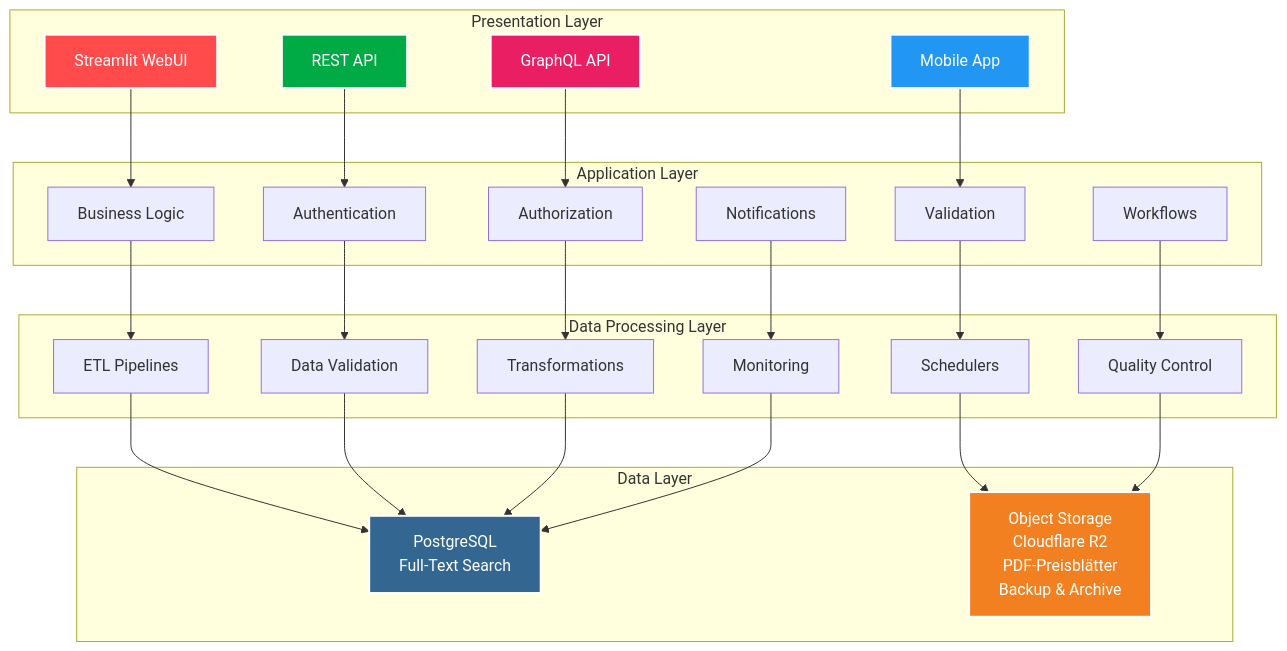
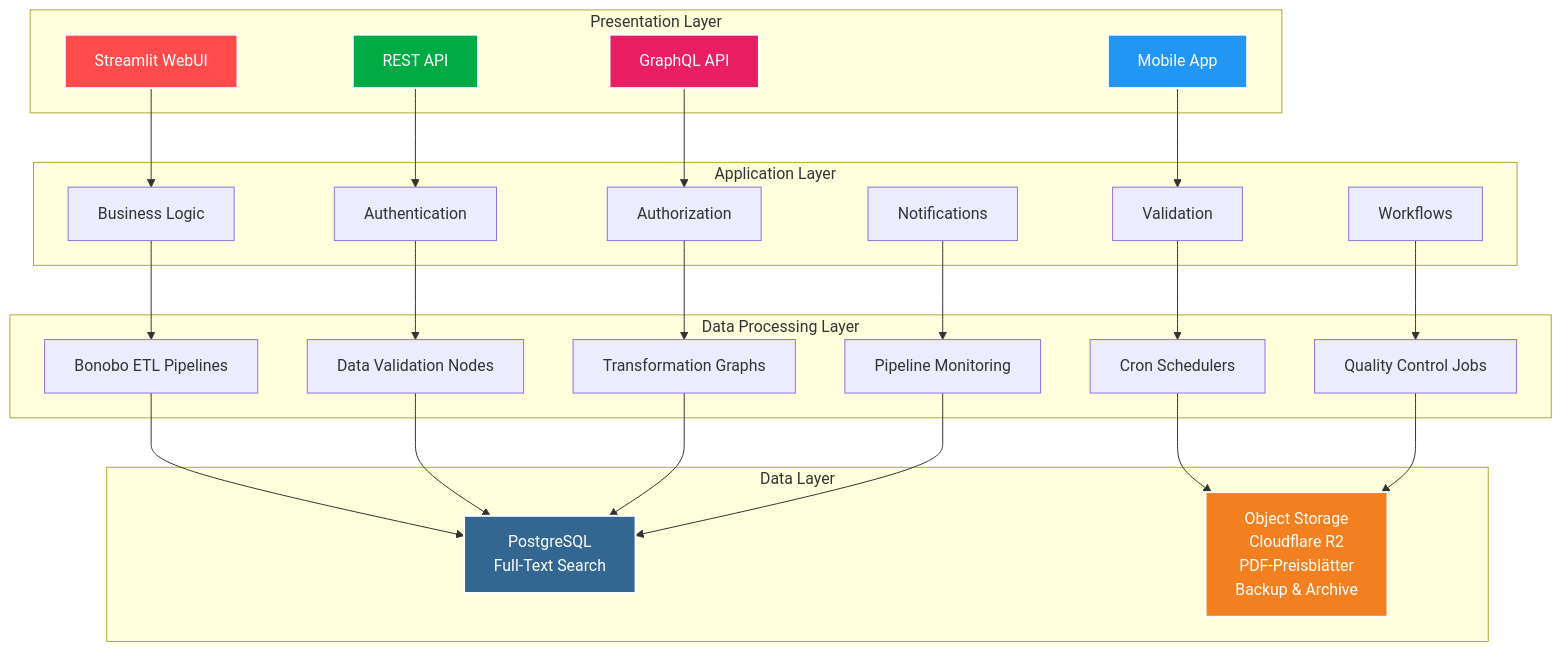
The diagram in docs/specs/SPECIFICATION.md (the78mole/vnbdigitaler), drawn with Mermaid before and after one commit. The commit also changed other lines of this file and 2 other files, not shown here.

Commit message:
Füge Bonobo ETL-Framework zur Projektspezifikation und Abhängigkeiten hinzu: Aktualisiere die Spezifikation mit Bonobo-spezifischen Details und integriere Bonobo sowie Bonobo-SQLAlchemy in die Projektabhängigkeiten.

````diff
--- a/docs/specs/SPECIFICATION.md
+++ b/docs/specs/SPECIFICATION.md
@@ -180,58 +180,58 @@
 ```mermaid
 graph TB
     subgraph "Presentation Layer"
         A1[Streamlit WebUI]
         A2[REST API]
         A3[GraphQL API]
         A4[Mobile App]
     end
 
     subgraph "Application Layer"
         B1[Business Logic]
         B2[Authentication]
         B3[Authorization]
         B4[Validation]
         B5[Workflows]
         B6[Notifications]
     end
 
     subgraph "Data Processing Layer"
-        C1[ETL Pipelines]
-        C2[Data Validation]
-        C3[Transformations]
-        C4[Schedulers]
-        C5[Quality Control]
-        C6[Monitoring]
+        C1[Bonobo ETL Pipelines]
+        C2[Data Validation Nodes]
+        C3[Transformation Graphs]
+        C4[Cron Schedulers]
+        C5[Quality Control Jobs]
+        C6[Pipeline Monitoring]
     end
 
     subgraph "Data Layer"
         D1[PostgreSQL<br/>Full-Text Search]
         D2[Object Storage<br/>Cloudflare R2<br/>PDF-Preisblätter<br/>Backup & Archive]
     end
 
     A1 --> B1
     A2 --> B2
     A3 --> B3
     A4 --> B4
 
     B1 --> C1
     B2 --> C2
     B3 --> C3
     B4 --> C4
     B5 --> C5
     B6 --> C6
 
     C1 --> D1
     C2 --> D1
     C3 --> D1
     C4 --> D2
     C5 --> D2
     C6 --> D1
 
     style A1 fill:#ff4b4b,stroke:#fff,stroke-width:2px,color:#fff
     style A2 fill:#00aa44,stroke:#fff,stroke-width:2px,color:#fff
     style A3 fill:#e91e63,stroke:#fff,stroke-width:2px,color:#fff
     style A4 fill:#2196f3,stroke:#fff,stroke-width:2px,color:#fff
     style D1 fill:#336791,stroke:#fff,stroke-width:2px,color:#fff
     style D2 fill:#f38020,stroke:#fff,stroke-width:2px,color:#fff
 ```
````
